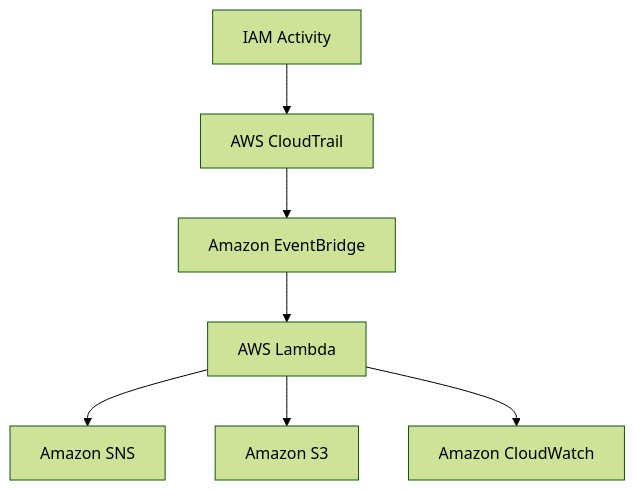
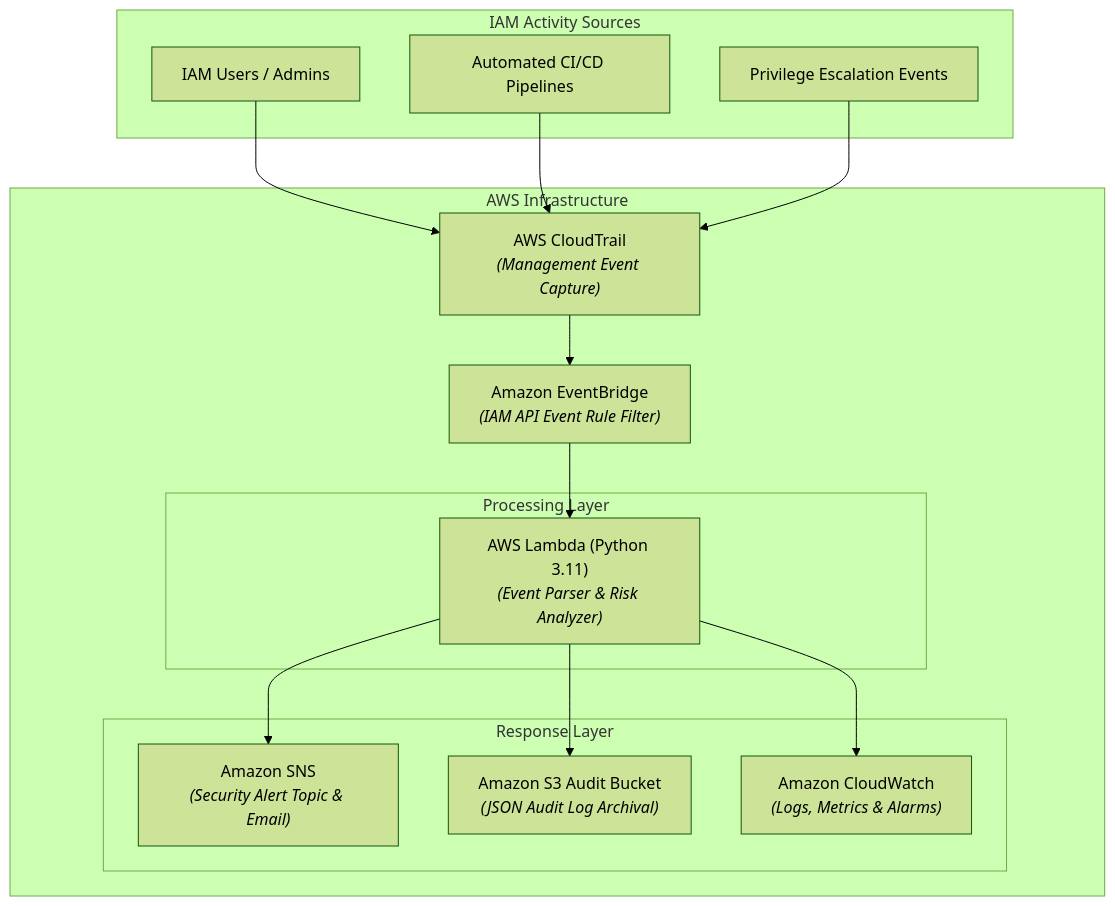
The diagram in docapi/source/about/architecture.rst (ZouariOmar/aws-iam-monitor), drawn with Mermaid (forest theme) before and after one commit. The commit also changed other lines of this file and 7 other files, not shown here.

Commit message:
docs(docsapi): Update architecture & usage documentation

```diff
--- a/docapi/source/about/architecture.rst
+++ b/docapi/source/about/architecture.rst
@@ -7,19 +9,34 @@
 .. mermaid::
 
   flowchart TD
-    A["IAM Activity"]
-    B["AWS CloudTrail"]
-    C["Amazon EventBridge"]
-    D["AWS Lambda"]
+    subgraph IAM_Sources["IAM Activity Sources"]
+        A1["IAM Users / Admins"]
+        A2["Automated CI/CD Pipelines"]
+        A3["Privilege Escalation Events"]
+    end
 
-    E["Amazon SNS"]
-    F["Amazon S3"]
-    G["Amazon CloudWatch"]
+    subgraph AWS_Account["AWS Infrastructure"]
+        B["AWS CloudTrail<br/><i>(Management Event Capture)</i>"]
+        C["Amazon EventBridge<br/><i>(IAM API Event Rule Filter)</i>"]
 
-    A --> B
+        subgraph Serverless_Processing["Processing Layer"]
+            D["AWS Lambda (Python 3.11)<br/><i>(Event Parser & Risk Analyzer)</i>"]
+        end
+
+        subgraph Output_Layer["Response Layer"]
+            E["Amazon SNS<br/><i>(Security Alert Topic & Email)</i>"]
+            F["Amazon S3 Audit Bucket<br/><i>(JSON Audit Log Archival)</i>"]
+            G["Amazon CloudWatch<br/><i>(Logs, Metrics & Alarms)</i>"]
+        end
+    end
+
+    A1 --> B
+    A2 --> B
+    A3 --> B
+
     B --> C
     C --> D
 
     D --> E
     D --> F
     D --> G
```
